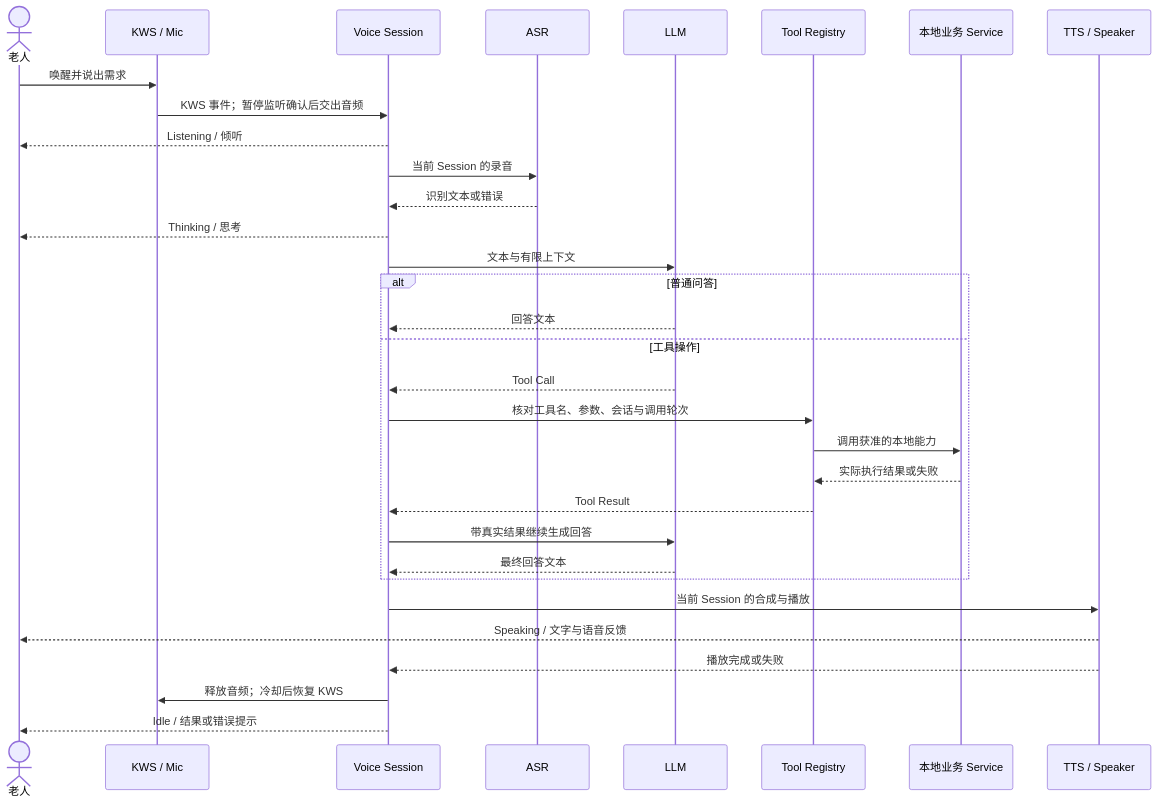
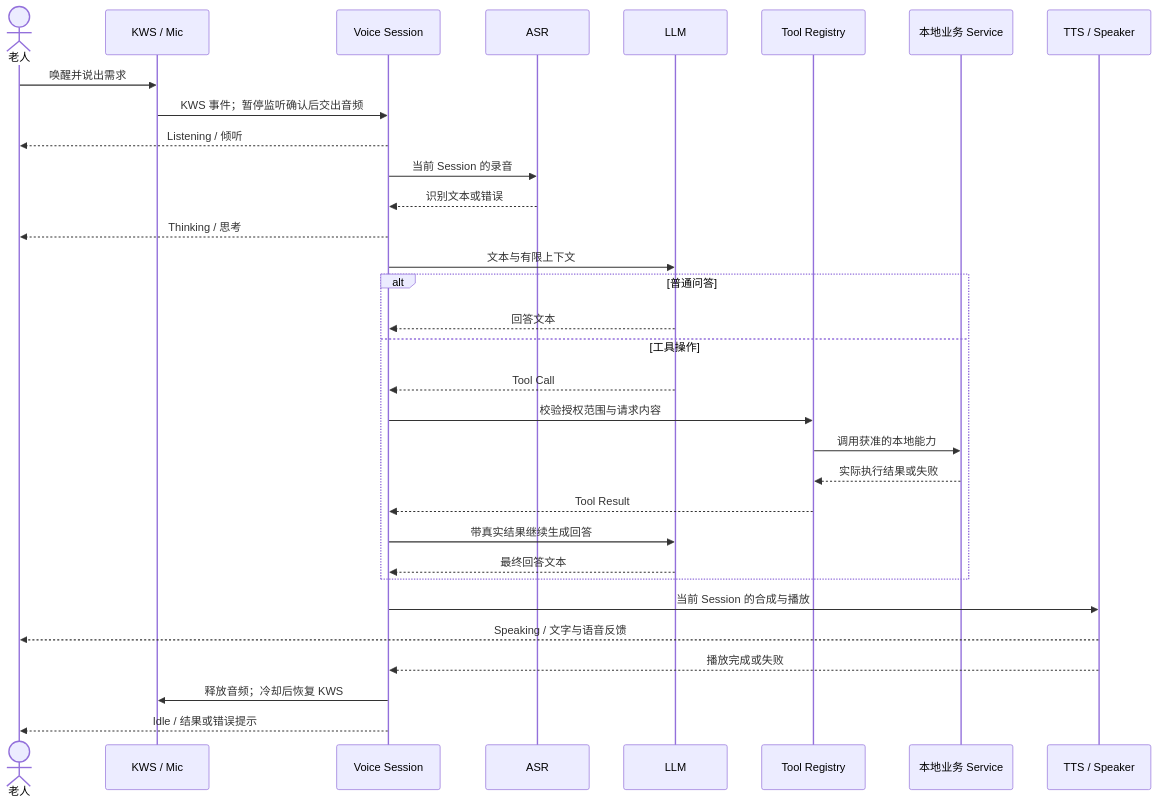
Diagram 39 of 43 in LongPet_产品设计文档.md (Justin-fanfan/Submission_Materials), drawn with Mermaid before and after one commit. The commit also changed other lines of this file, not shown here.

````diff
--- a/LongPet_产品设计文档.md
+++ b/LongPet_产品设计文档.md
@@ -2001,34 +2001,34 @@
 ```mermaid
 sequenceDiagram
     actor U as 老人
     participant K as KWS / Mic
     participant V as Voice Session
     participant A as ASR
     participant L as LLM
     participant T as Tool Registry
     participant B as 本地业务 Service
     participant S as TTS / Speaker
     U->>K: 唤醒并说出需求
     K->>V: KWS 事件；暂停监听确认后交出音频
     V-->>U: Listening / 倾听
     V->>A: 当前 Session 的录音
     A-->>V: 识别文本或错误
     V-->>U: Thinking / 思考
     V->>L: 文本与有限上下文
     alt 普通问答
         L-->>V: 回答文本
     else 工具操作
         L-->>V: Tool Call
-        V->>T: 核对工具名、参数、会话与调用轮次
+        V->>T: 校验授权范围与请求内容
         T->>B: 调用获准的本地能力
         B-->>T: 实际执行结果或失败
         T-->>V: Tool Result
         V->>L: 带真实结果继续生成回答
         L-->>V: 最终回答文本
     end
     V->>S: 当前 Session 的合成与播放
     S-->>U: Speaking / 文字与语音反馈
     S-->>V: 播放完成或失败
     V->>K: 释放音频；冷却后恢复 KWS
     V-->>U: Idle / 结果或错误提示
 ```
````
